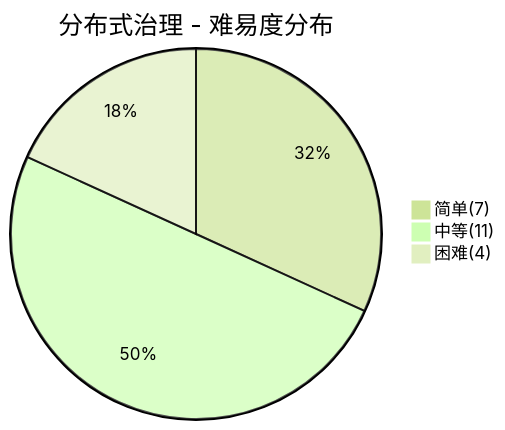
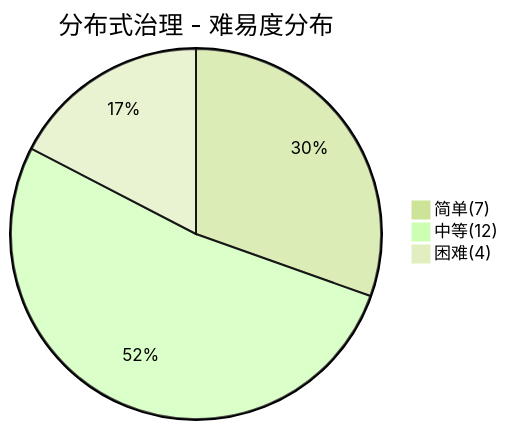
Before and after one commit to dunwu/waterdrop: the fifth of 6 diagrams in docs/99.面试/分布式面试.md, drawn with Mermaid (forest theme). The commit also changed other lines of this file and 13 other files, not shown here.

````diff
--- a/docs/99.面试/分布式面试.md
+++ b/docs/99.面试/分布式面试.md
@@ -399,6 +402,6 @@
 ```mermaid
 pie title 分布式治理 - 难易度分布
     "简单(7)" : 7
-    "中等(11)" : 11
+    "中等(12)" : 12
     "困难(4)" : 4
 ```
````
